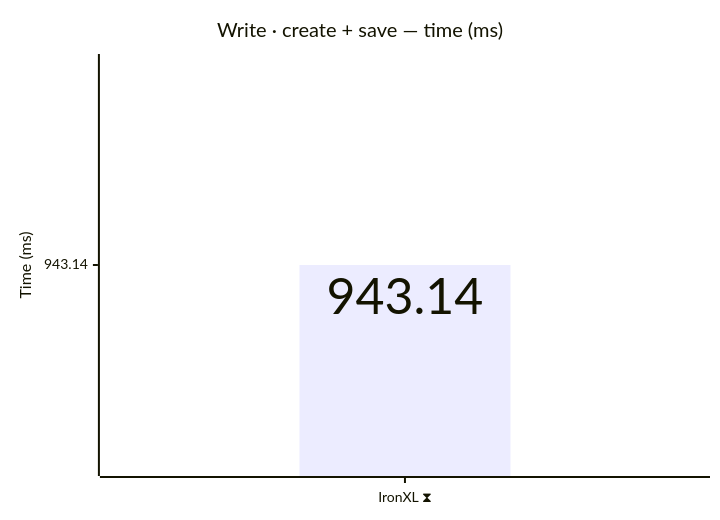
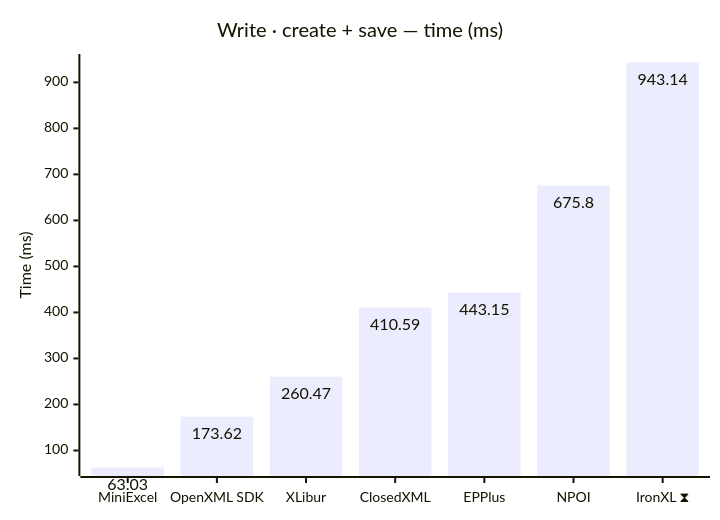
One commit to jafin/XLBench changed the fifth of 12 diagrams in docs/results.md. Above: the diagram before and after it, drawn with Mermaid. The commit also changed other lines of this file and 1 other file, not shown here.

````diff
--- a/docs/results.md
+++ b/docs/results.md
@@ -91,12 +91,12 @@
 ```mermaid
 ---
 config:
   xyChart:
     showDataLabel: true
 ---
 xychart-beta
     title "Write · create + save — time (ms)"
-    x-axis ["IronXL ⧗"]
+    x-axis ["MiniExcel", "OpenXML SDK", "XLibur", "ClosedXML", "EPPlus", "NPOI", "IronXL ⧗"]
     y-axis "Time (ms)"
-    bar [943.14]
+    bar [63.03, 173.62, 260.47, 410.59, 443.15, 675.8, 943.14]
 ```
````
